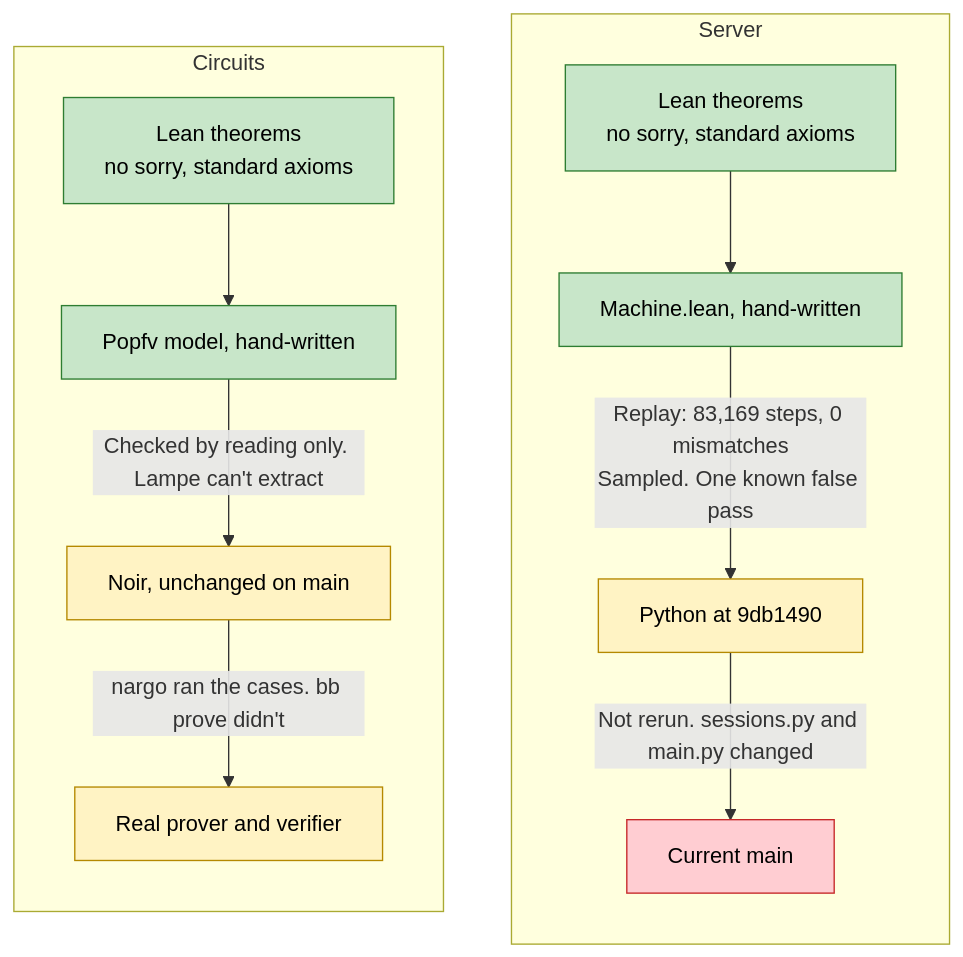
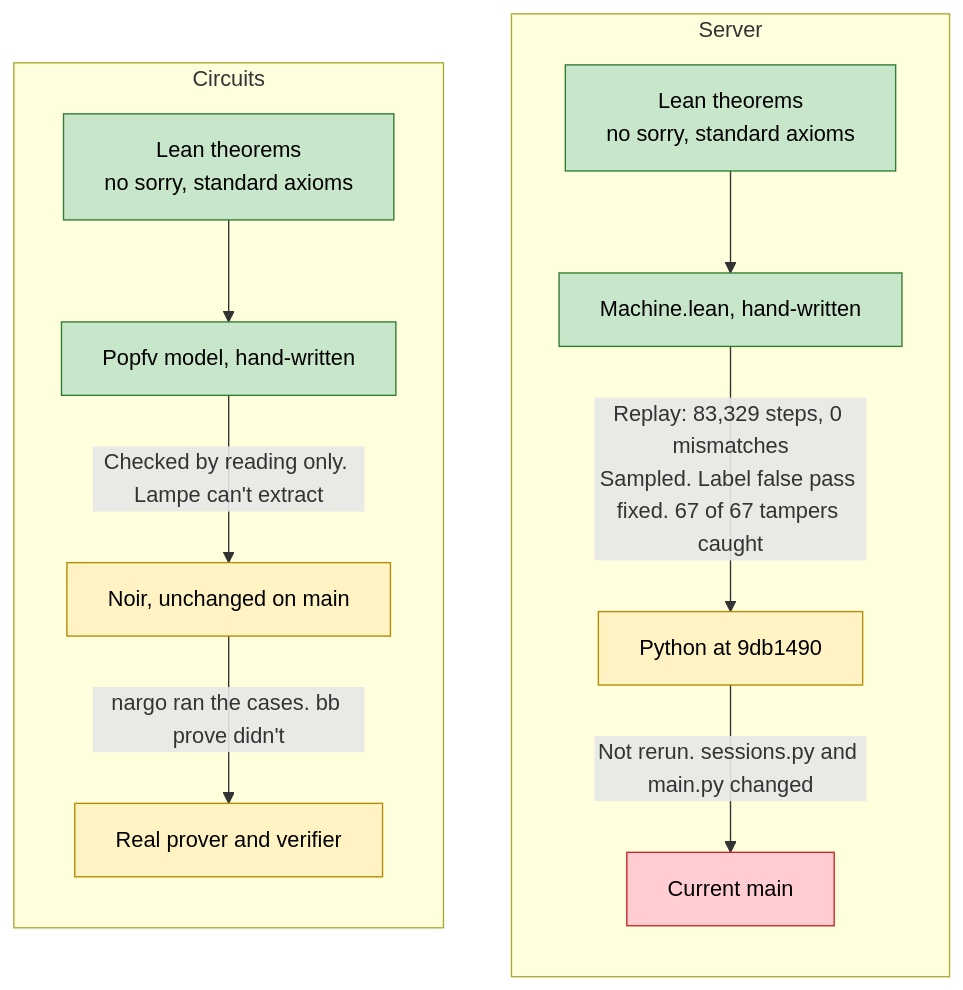
The third of 3 diagrams in fv/v1/docs/coverage.md (tawago/enconomy), drawn with Mermaid before and after one commit. The commit also changed other lines of this file and 76 other files, not shown here.

````diff
--- a/fv/v1/docs/coverage.md
+++ b/fv/v1/docs/coverage.md
@@ -67,27 +67,27 @@
 ```mermaid
 flowchart TB
     subgraph S["Server"]
         direction TB
         s1["Lean theorems<br/>no sorry, standard axioms"]:::good
         s2["Machine.lean, hand-written"]:::good
         s3["Python at 9db1490"]:::part
         s4["Current main"]:::hole
         s1 --> s2
-        s2 -- "Replay: 83,169 steps, 0 mismatches<br/>Sampled. One known false pass" --> s3
+        s2 -- "Replay: 83,329 steps, 0 mismatches<br/>Sampled. Label false pass fixed. 67 of 67 tampers caught" --> s3
         s3 -- "Not rerun. sessions.py and main.py changed" --> s4
     end
     subgraph C["Circuits"]
         direction TB
         c1["Lean theorems<br/>no sorry, standard axioms"]:::good
         c2["Popfv model, hand-written"]:::good
         c3["Noir, unchanged on main"]:::part
         c4["Real prover and verifier"]:::part
         c1 --> c2
         c2 -- "Checked by reading only. Lampe can't extract" --> c3
         c3 -- "nargo ran the cases. bb prove didn't" --> c4
     end
 
     classDef good fill:#c8e6c9,stroke:#2e7d32,color:#000
     classDef part fill:#fff3c4,stroke:#b58900,color:#000
     classDef hole fill:#ffcdd2,stroke:#c62828,color:#000
 ```
````
